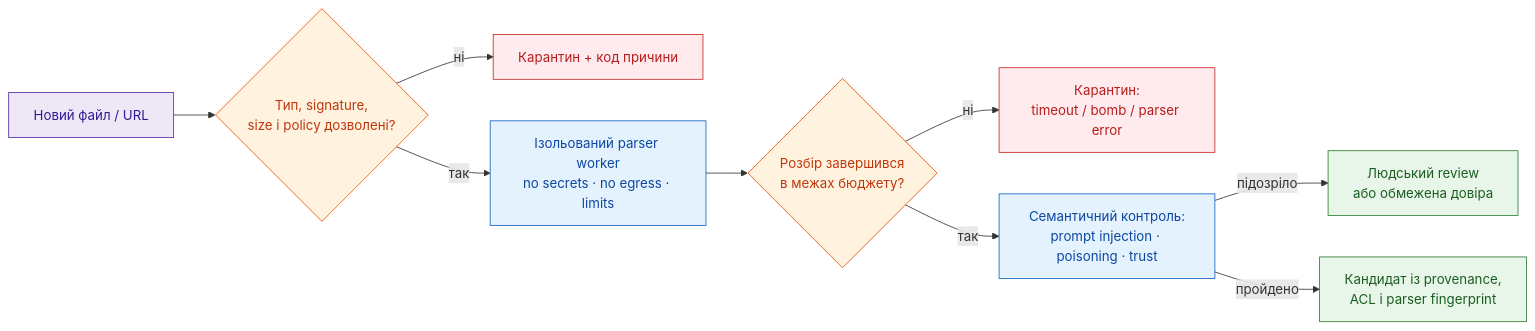
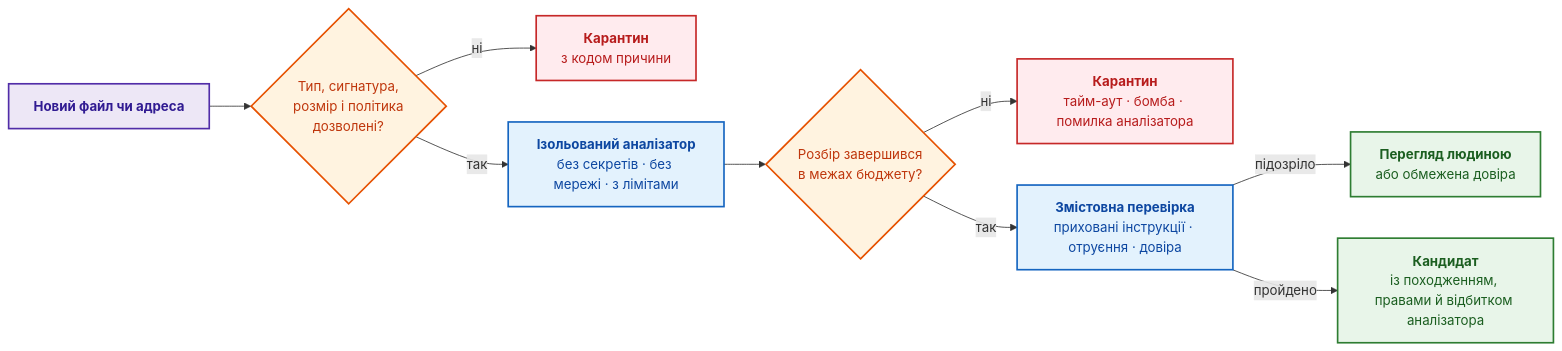
One commit to nick-fedchik/articles changed the third of 9 diagrams in ExpertSystem/ch10-knowledge-acquisition-systems.md. Above: the diagram before and after it, drawn with Mermaid. The commit also changed other lines of this file, not shown here.

````diff
--- a/ExpertSystem/ch10-knowledge-acquisition-systems.md
+++ b/ExpertSystem/ch10-knowledge-acquisition-systems.md
@@ -270,26 +203,26 @@
 ```mermaid
 flowchart LR
-    accTitle: Контроль входу та ізоляція недовірених файлів
-    accDescr: Admission-контур перевірки сигнатур, парсингу в ізольованому worker та семантичного захисту від ін'єкцій.
+    accTitle: Контур допуску й ізоляція недовірених файлів
+    accDescr: Новий файл проходить перевірку типу, сигнатури й розміру, розбір в ізольованому робочому процесі з лімітами та змістовну перевірку на приховані інструкції й отруєння, після чого стає кандидатом або потрапляє в карантин.
 
-    New["Новий файл / URL"] --> Gate{"Тип, signature,<br/>size і policy дозволені?"}
-    Gate -->|ні| Q1["Карантин + код причини"]
-    Gate -->|так| Box["Ізольований parser worker<br/>no secrets · no egress · limits"]
+    New["<b>Новий файл чи адреса</b>"] --> Gate{"Тип, сигнатура,<br/>розмір і політика<br/>дозволені?"}
+    Gate -->|"ні"| Q1["<b>Карантин</b><br/>з кодом причини"]
+    Gate -->|"так"| Box["<b>Ізольований аналізатор</b><br/>без секретів · без мережі · з лімітами"]
     Box --> Parse{"Розбір завершився<br/>в межах бюджету?"}
-    Parse -->|ні| Q2["Карантин:<br/>timeout / bomb / parser error"]
-    Parse -->|так| Semantic["Семантичний контроль:<br/>prompt injection · poisoning · trust"]
-    Semantic -->|підозріло| Review["Людський review<br/>або обмежена довіра"]
-    Semantic -->|пройдено| Candidate["Кандидат із provenance,<br/>ACL і parser fingerprint"]
+    Parse -->|"ні"| Q2["<b>Карантин</b><br/>тайм-аут · бомба · помилка аналізатора"]
+    Parse -->|"так"| Semantic["<b>Змістовна перевірка</b><br/>приховані інструкції · отруєння · довіра"]
+    Semantic -->|"підозріло"| Review["<b>Перегляд людиною</b><br/>або обмежена довіра"]
+    Semantic -->|"пройдено"| Candidate["<b>Кандидат</b><br/>із походженням, правами й відбитком аналізатора"]
 
-    classDef in fill:#ede7f6,stroke:#512da8,color:#311b92;
-    classDef gate fill:#fff3e0,stroke:#e65100,color:#bf360c;
-    classDef box fill:#e3f2fd,stroke:#1565c0,color:#0d47a1;
-    classDef warn fill:#ffebee,stroke:#c62828,color:#b71c1c;
-    classDef pass fill:#e8f5e9,stroke:#2e7d32,color:#1b5e20;
+    classDef in fill:#ede7f6,stroke:#512da8,stroke-width:2px,color:#311b92;
+    classDef gate fill:#fff3e0,stroke:#e65100,stroke-width:2px,color:#bf360c;
+    classDef box fill:#e3f2fd,stroke:#1565c0,stroke-width:2px,color:#0d47a1;
+    classDef warn fill:#ffebee,stroke:#c62828,stroke-width:2px,color:#b71c1c;
+    classDef pass fill:#e8f5e9,stroke:#2e7d32,stroke-width:2px,color:#1b5e20;
 
     class New in;
     class Gate,Parse gate;
     class Box,Semantic box;
     class Q1,Q2 warn;
     class Review,Candidate pass;
 ```
````
